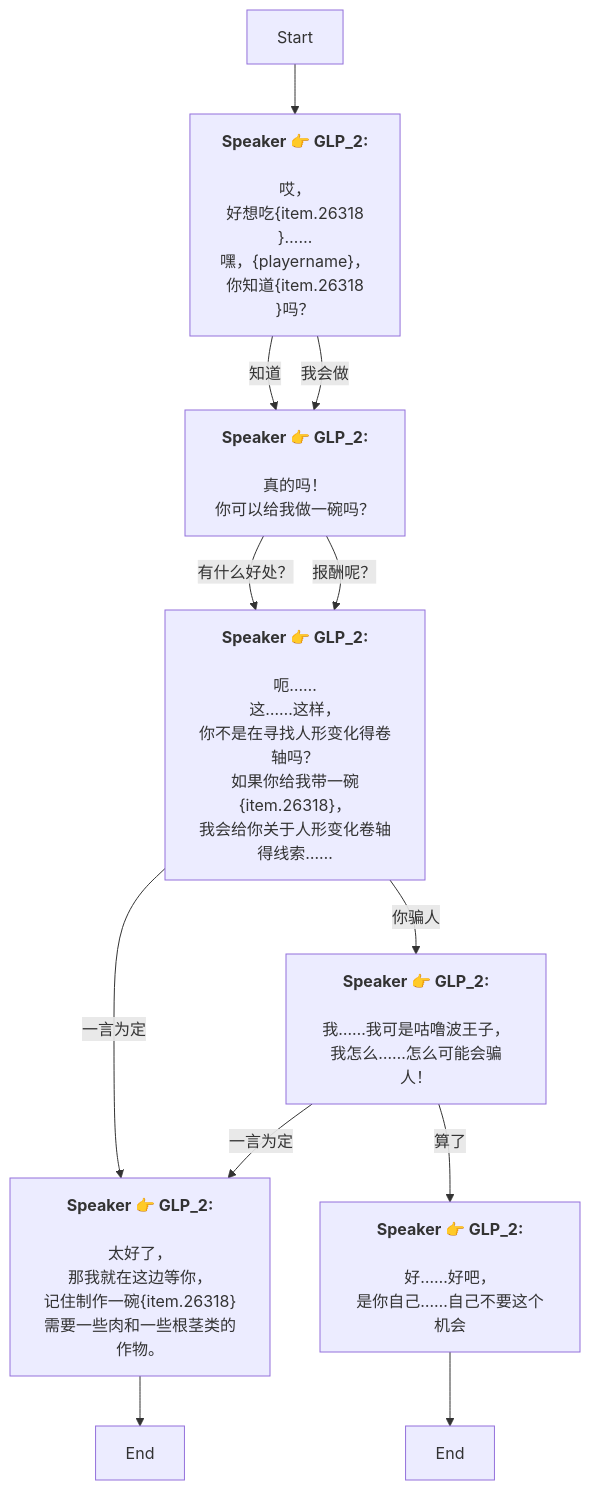
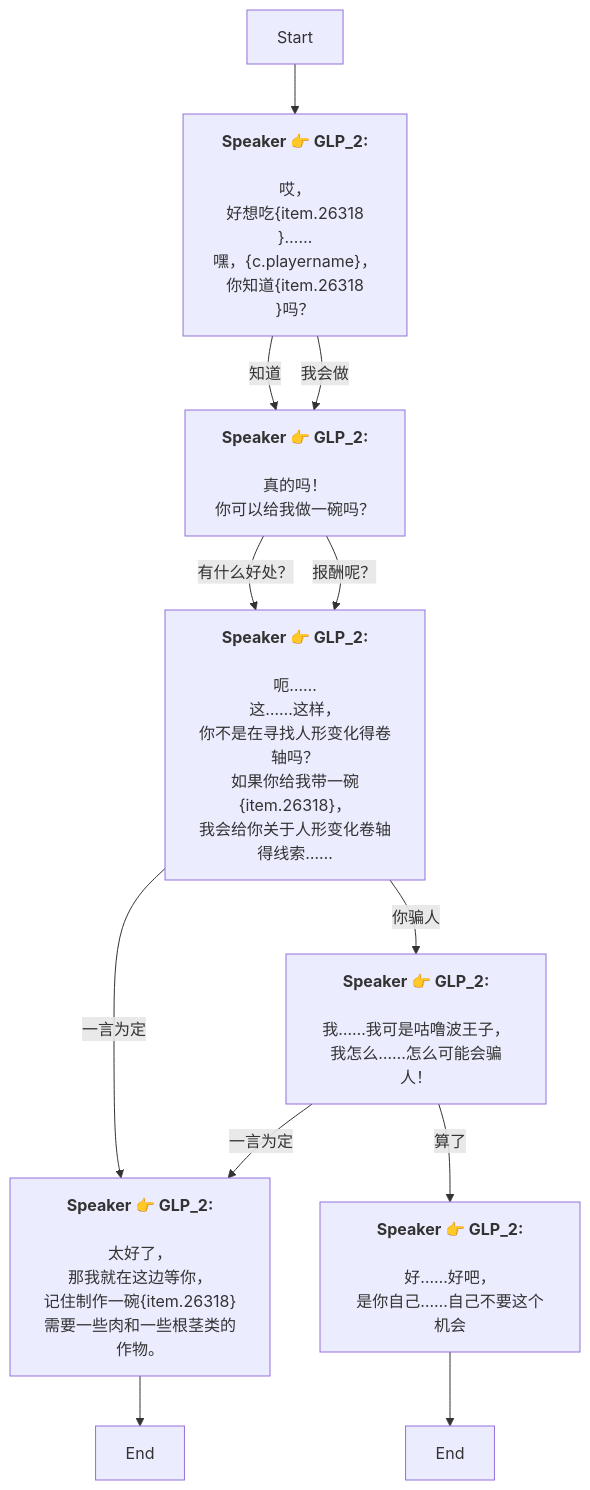
Before and after one commit to SoftHu/tos_avg: the diagram in Zh/QuestTalkObjectiveNode_1761998734458584.md, drawn with Mermaid. The commit also changed 410 other files, not shown here.

````diff
--- a/Zh/QuestTalkObjectiveNode_1761998734458584.md
+++ b/Zh/QuestTalkObjectiveNode_1761998734458584.md
@@ -1,42 +1,42 @@
 ```mermaid
 graph
 Start -->1761998885248731[<b>Speaker 👉 GLP_2:</b>
 \n哎，
 好想吃&lbrace;item.26318
-&rbrace;……\n嘿，&lbrace;playername&rbrace;，
+&rbrace;……\n嘿，&lbrace;c.playername&rbrace;，
 你知道&lbrace;item.26318
 &rbrace;吗？]
 1761998885248731 -->|知道|1761999334936289[<b>Speaker 👉 GLP_2:</b>
 \n真的吗！
 你可以给我做一碗吗？]
 1761998885248731 -->|我会做|1761999334936289[<b>Speaker 👉 GLP_2:</b>
 \n真的吗！
 你可以给我做一碗吗？]
 1761999334936289 -->|有什么好处？|1761999398122215[<b>Speaker 👉 GLP_2:</b>
 \n呃……
 这……这样，
 你不是在寻找人形变化得卷轴吗？\n如果你给我带一碗&lbrace;item.26318&rbrace;，
 我会给你关于人形变化卷轴得线索……]
 1761999334936289 -->|报酬呢？|1761999398122215[<b>Speaker 👉 GLP_2:</b>
 \n呃……
 这……这样，
 你不是在寻找人形变化得卷轴吗？\n如果你给我带一碗&lbrace;item.26318&rbrace;，
 我会给你关于人形变化卷轴得线索……]
 1761999398122215 -->|你骗人|1761999809644288[<b>Speaker 👉 GLP_2:</b>
 \n我……我可是咕噜波王子，
 我怎么……怎么可能会骗人！]
 1761999398122215 -->|一言为定|1761999863779073[<b>Speaker 👉 GLP_2:</b>
 \n太好了，
 那我就在这边等你，
 记住制作一碗&lbrace;item.26318&rbrace;需要一些肉和一些根茎类的作物。]
 1761999809644288 -->|一言为定|1761999863779073[<b>Speaker 👉 GLP_2:</b>
 \n太好了，
 那我就在这边等你，
 记住制作一碗&lbrace;item.26318&rbrace;需要一些肉和一些根茎类的作物。]
 1761999809644288 -->|算了|1761999976316682[<b>Speaker 👉 GLP_2:</b>
 \n好……好吧，
 是你自己……自己不要这个机会]
 1761999863779073 -->1761999770123007[End]
 1761999976316682 -->1761999964552969[End]
 
 ```
````
